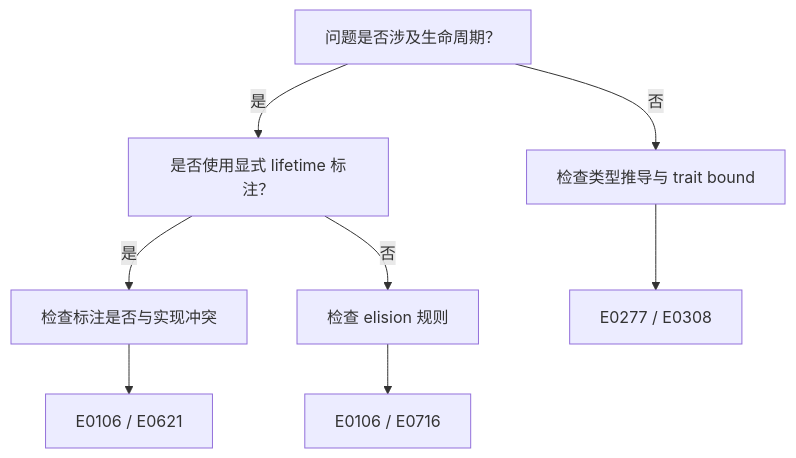
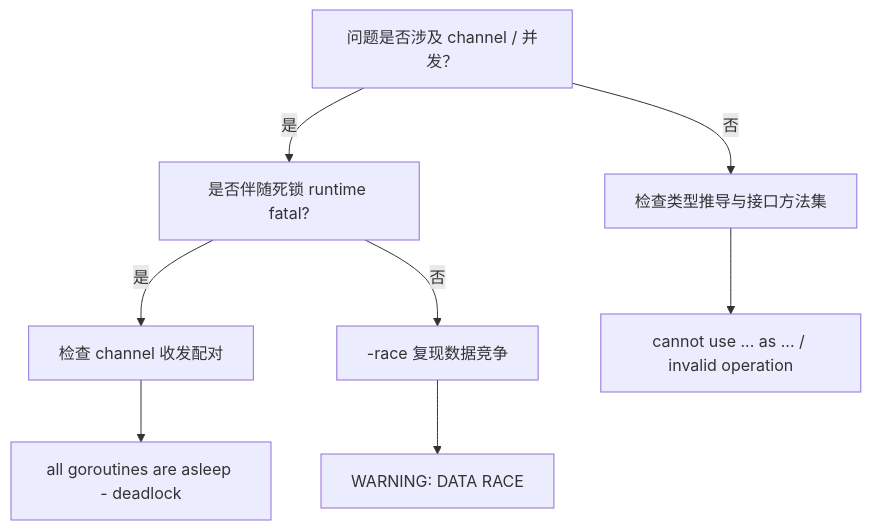
The diagram in .kimi/templates/decision_tree_template.md (AdaMartin18010/golang), drawn with Mermaid before and after one commit. The commit also changed other lines of this file and 86 other files, not shown here.

````diff
--- a/.kimi/templates/decision_tree_template.md
+++ b/.kimi/templates/decision_tree_template.md
@@ -45,10 +47,10 @@
 ```mermaid
 flowchart TD
-    A[问题是否涉及生命周期？] -- 是 --> B[是否使用显式 lifetime 标注？]
-    A -- 否 --> C[检查类型推导与 trait bound]
-    B -- 是 --> D[检查标注是否与实现冲突]
-    B -- 否 --> E[检查 elision 规则]
-    D --> F[E0106 / E0621]
-    E --> G[E0106 / E0716]
-    C --> H[E0277 / E0308]
+    A[问题是否涉及 channel / 并发？] -- 是 --> B[是否伴随死锁 runtime fatal?]
+    A -- 否 --> C[检查类型推导与接口方法集]
+    B -- 是 --> D[检查 channel 收发配对]
+    B -- 否 --> E[-race 复现数据竞争]
+    D --> F[all goroutines are asleep - deadlock]
+    E --> G[WARNING: DATA RACE]
+    C --> H[cannot use ... as ... / invalid operation]
 ```
````
